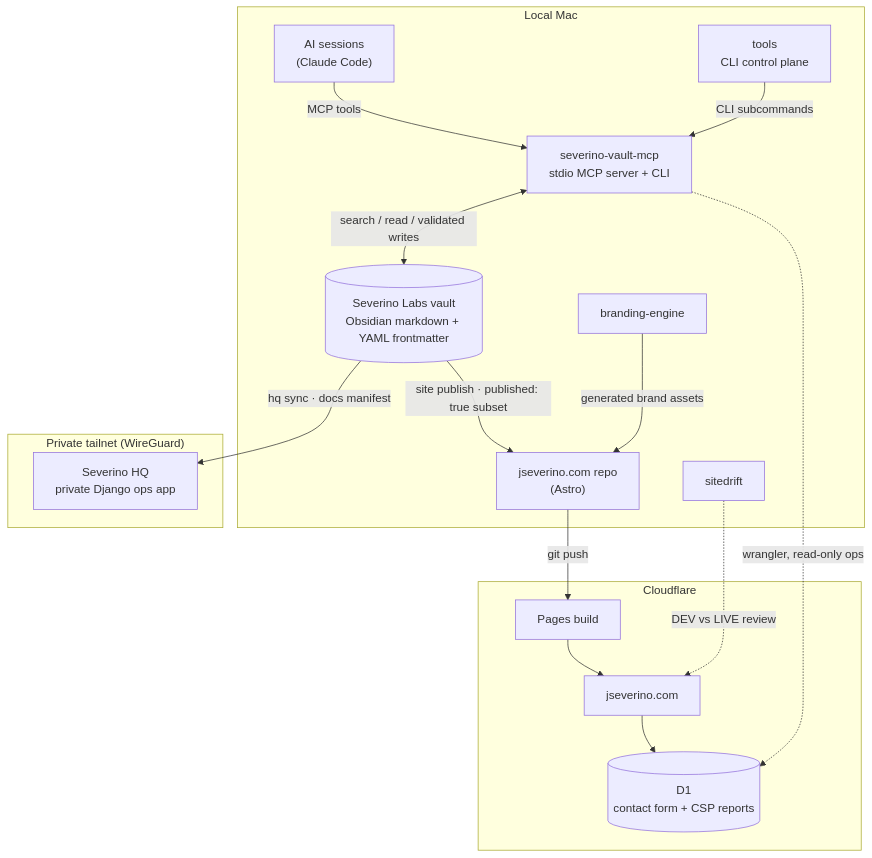
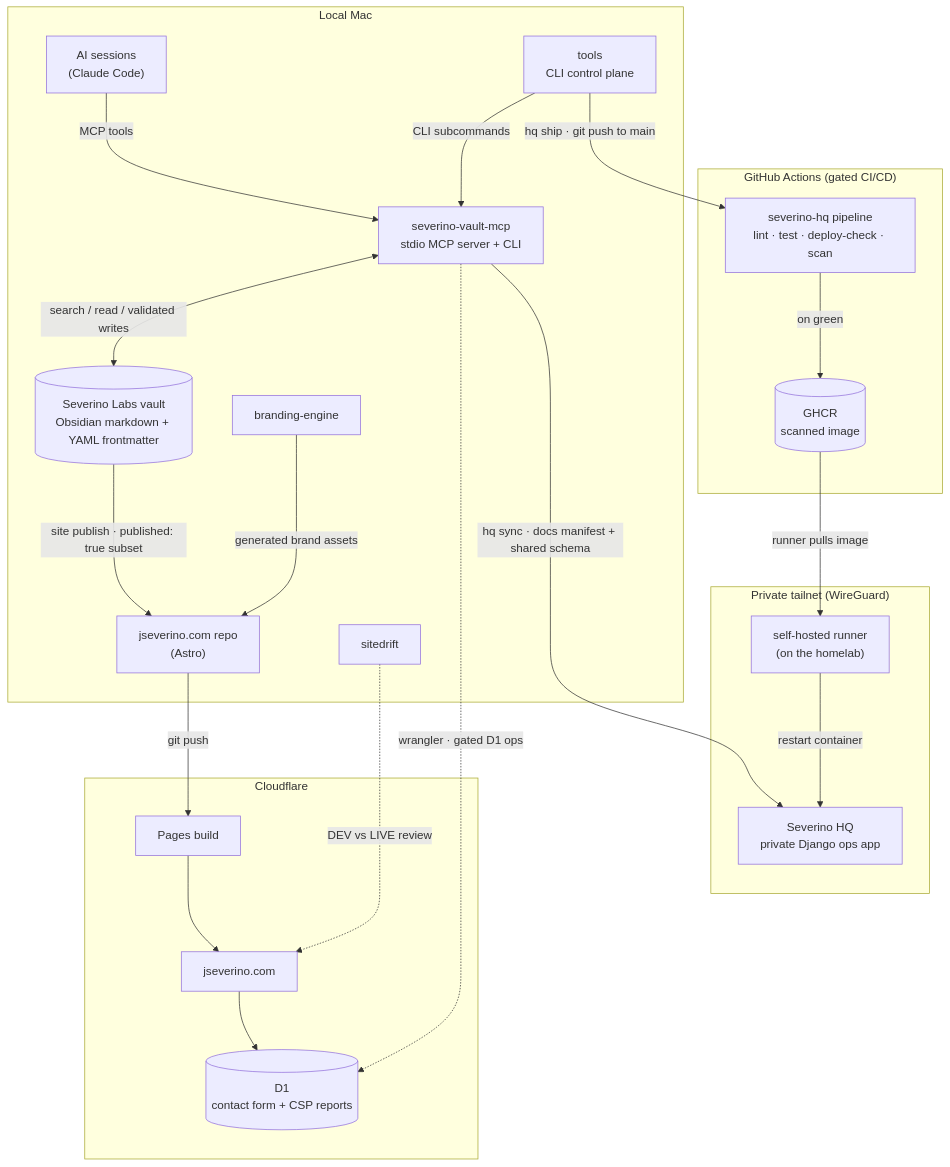
The diagram in diagrams/architecture.mmd (joeseverino/joeseverino), drawn with Mermaid before and after one commit. The commit also changed 5 other files, not shown here.

First line of the commit message:
Feature severino-hq; show its gated CI/CD deploy in the architecture map

```diff
--- a/diagrams/architecture.mmd
+++ b/diagrams/architecture.mmd
@@ -1,32 +1,43 @@
+%%{init: {'flowchart': {'rankSpacing': 80, 'nodeSpacing': 55}}}%%
 flowchart TB
     subgraph mac["Local Mac"]
         vault[("Severino Labs vault<br/>Obsidian markdown + YAML frontmatter")]
         mcp["severino-vault-mcp<br/>stdio MCP server + CLI"]
         ai["AI sessions<br/>(Claude Code)"]
         tools["tools<br/>CLI control plane"]
         siterepo["jseverino.com repo<br/>(Astro)"]
         brand["branding-engine"]
         drift["sitedrift"]
     end
 
+    subgraph gh["GitHub Actions (gated CI/CD)"]
+        ci["severino-hq pipeline<br/>lint · test · deploy-check · scan"]
+        ghcr[("GHCR<br/>scanned image")]
+    end
+
     subgraph tailnet["Private tailnet (WireGuard)"]
+        runner["self-hosted runner<br/>(on the homelab)"]
         hq["Severino HQ<br/>private Django ops app"]
     end
 
     subgraph cf["Cloudflare"]
         pages["Pages build"]
         site["jseverino.com"]
         d1[("D1<br/>contact form + CSP reports")]
     end
 
     ai -->|"MCP tools"| mcp
     tools -->|"CLI subcommands"| mcp
     mcp <-->|"search / read / validated writes"| vault
-    vault -->|"hq sync · docs manifest"| hq
+    mcp -->|"hq sync · docs manifest + shared schema"| hq
+    tools -->|"hq ship · git push to main"| ci
+    ci -->|"on green"| ghcr
+    ghcr -->|"runner pulls image"| runner
+    runner -->|"restart container"| hq
     vault -->|"site publish · published: true subset"| siterepo
     brand -->|"generated brand assets"| siterepo
     siterepo -->|"git push"| pages
     pages --> site
     site --> d1
-    mcp -.->|"wrangler, read-only ops"| d1
+    mcp -.->|"wrangler · gated D1 ops"| d1
     drift -.->|"DEV vs LIVE review"| site
```
